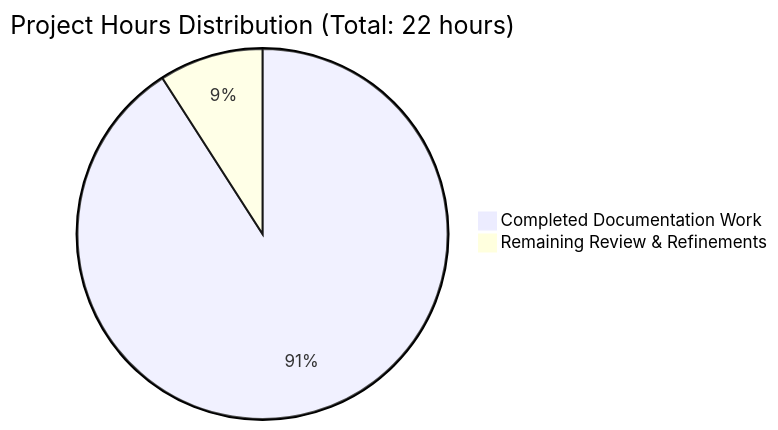
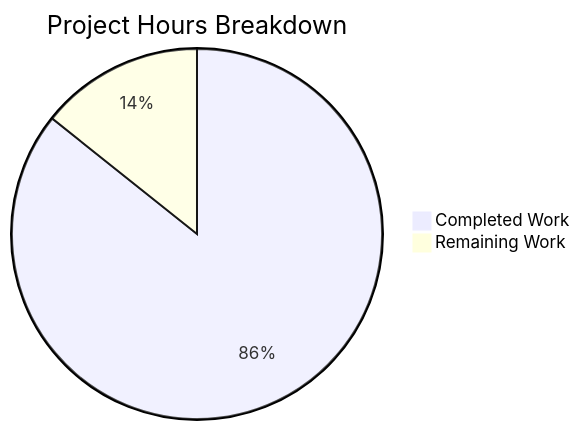
The diagram in blitzy/documentation/Project Guide.md (lakshya-blitzy/hello_world_lakshya_github), drawn with Mermaid before and after one commit. The commit also changed other lines of this file, not shown here.

Commit message:
Adding Blitzy Project Guide: Project Status and Human Tasks Remaining

````diff
--- a/blitzy/documentation/Project Guide.md
+++ b/blitzy/documentation/Project Guide.md
@@ -39,5 +69,5 @@
 ```mermaid
-pie title Project Hours Distribution (Total: 22 hours)
-    "Completed Documentation Work" : 20
-    "Remaining Review & Refinements" : 2
+pie title Project Hours Breakdown
+    "Completed Work" : 18
+    "Remaining Work" : 3
 ```
````
